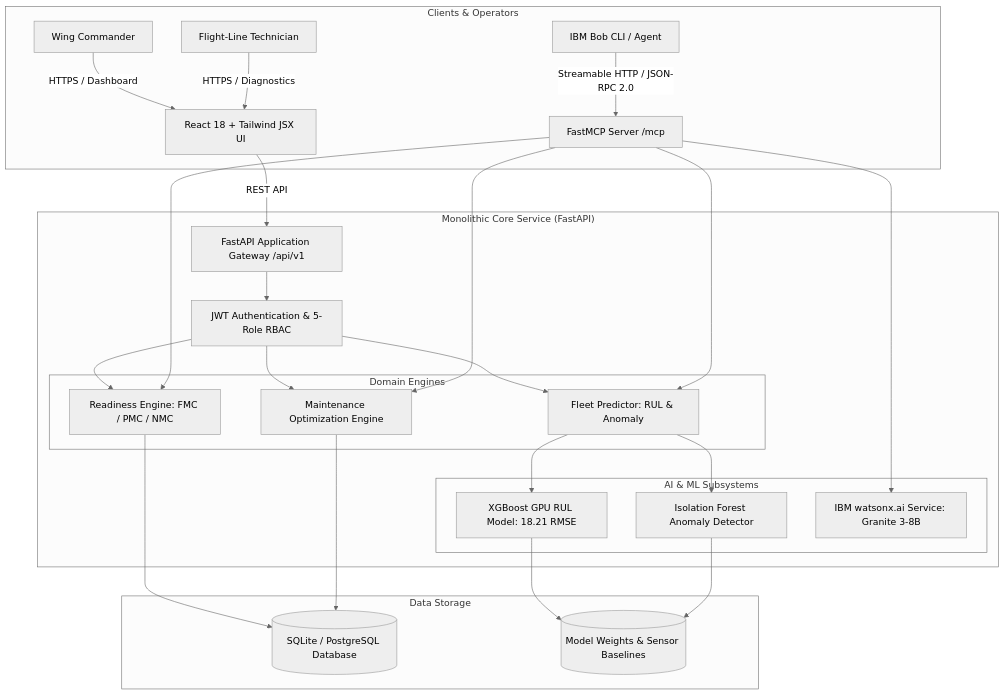
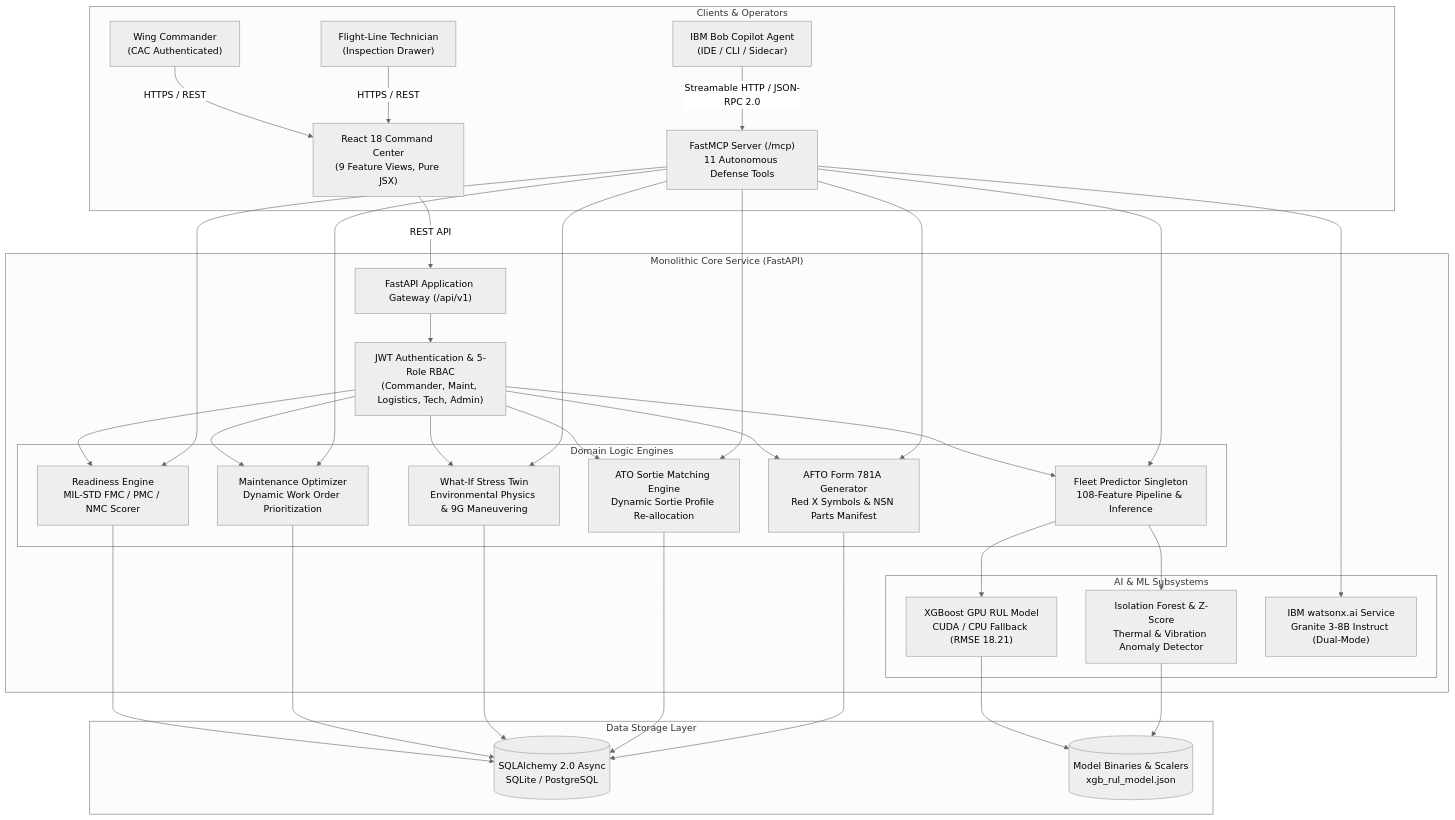
Before and after one commit to kunj290506/bob-ai-hackathon-galcogens: the first of 3 diagrams in docs/architecture.md, drawn with Mermaid (neutral theme). The commit also changed other lines of this file and 9 other files, not shown here.

````diff
--- a/docs/architecture.md
+++ b/docs/architecture.md
@@ -7,49 +7,61 @@
 ```mermaid
 graph TD
     subgraph "Clients & Operators"
-        Commander[Wing Commander] -->|HTTPS / Dashboard| UI[React 18 + Tailwind JSX UI]
-        Tech[Flight-Line Technician] -->|HTTPS / Diagnostics| UI
-        BobClient[IBM Bob CLI / Agent] -->|Streamable HTTP / JSON-RPC 2.0| MCP[FastMCP Server /mcp]
+        Commander["Wing Commander<br/>(CAC Authenticated)"] -->|HTTPS / REST| UI["React 18 Command Center<br/>(9 Feature Views, Pure JSX)"]
+        Tech["Flight-Line Technician<br/>(Inspection Drawer)"] -->|HTTPS / REST| UI
+        BobClient["IBM Bob Copilot Agent<br/>(IDE / CLI / Sidecar)"] -->|Streamable HTTP / JSON-RPC 2.0| MCP["FastMCP Server (/mcp)<br/>11 Autonomous Defense Tools"]
     end
 
     subgraph "Monolithic Core Service (FastAPI)"
-        Gateway[FastAPI Application Gateway /api/v1]
-        Auth[JWT Authentication & 5-Role RBAC]
+        Gateway["FastAPI Application Gateway (/api/v1)"]
+        Auth["JWT Authentication & 5-Role RBAC<br/>(Commander, Maint, Logistics, Tech, Admin)"]
         
-        subgraph "Domain Engines"
-            ReadinessEngine[Readiness Engine: FMC / PMC / NMC]
-            Predictor[Fleet Predictor: RUL & Anomaly]
-            Planner[Maintenance Optimization Engine]
+        subgraph "Domain Logic Engines"
+            ReadinessEngine["Readiness Engine<br/>MIL-STD FMC / PMC / NMC Scorer"]
+            Predictor["Fleet Predictor Singleton<br/>108-Feature Pipeline & Inference"]
+            Planner["Maintenance Optimizer<br/>Dynamic Work Order Prioritization"]
+            SimEngine["What-If Stress Twin<br/>Environmental Physics & 9G Maneuvering"]
+            ATOMatrix["ATO Sortie Matching Engine<br/>Dynamic Sortie Profile Re-allocation"]
+            MilForms["AFTO Form 781A Generator<br/>Red X Symbols & NSN Parts Manifest"]
         end
 
         subgraph "AI & ML Subsystems"
-            XGB[XGBoost GPU RUL Model: 18.21 RMSE]
-            IForest[Isolation Forest Anomaly Detector]
-            WX[IBM watsonx.ai Service: Granite 3-8B]
+            XGB["XGBoost GPU RUL Model<br/>CUDA / CPU Fallback (RMSE 18.21)"]
+            IForest["Isolation Forest & Z-Score<br/>Thermal & Vibration Anomaly Detector"]
+            WX["IBM watsonx.ai Service<br/>Granite 3-8B Instruct (Dual-Mode)"]
         end
     end
 
-    subgraph "Data Storage"
-        DB[(SQLite / PostgreSQL Database)]
-        ModelWeights[(Model Weights & Sensor Baselines)]
+    subgraph "Data Storage Layer"
+        DB[("SQLAlchemy 2.0 Async<br/>SQLite / PostgreSQL")]
+        Weights[("Model Binaries & Scalers<br/>xgb_rul_model.json")]
     end
 
     UI -->|REST API| Gateway
     Gateway --> Auth
     Auth --> ReadinessEngine
     Auth --> Predictor
     Auth --> Planner
+    Auth --> SimEngine
+    Auth --> ATOMatrix
+    Auth --> MilForms
 
     MCP --> ReadinessEngine
     MCP --> Predictor
     MCP --> Planner
+    MCP --> SimEngine
+    MCP --> ATOMatrix
+    MCP --> MilForms
     MCP --> WX
 
     Predictor --> XGB
     Predictor --> IForest
-    XGB --> ModelWeights
-    IForest --> ModelWeights
+    XGB --> Weights
+    IForest --> Weights
 
     ReadinessEngine --> DB
     Planner --> DB
+    SimEngine --> DB
+    ATOMatrix --> DB
+    MilForms --> DB
 ```
````
